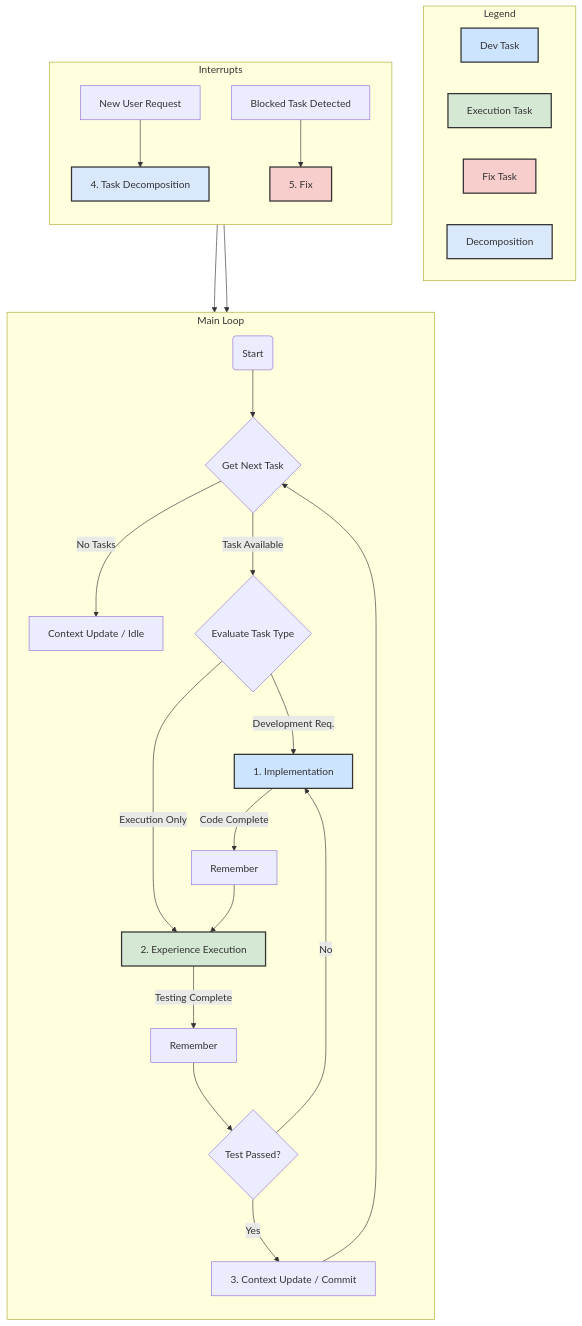
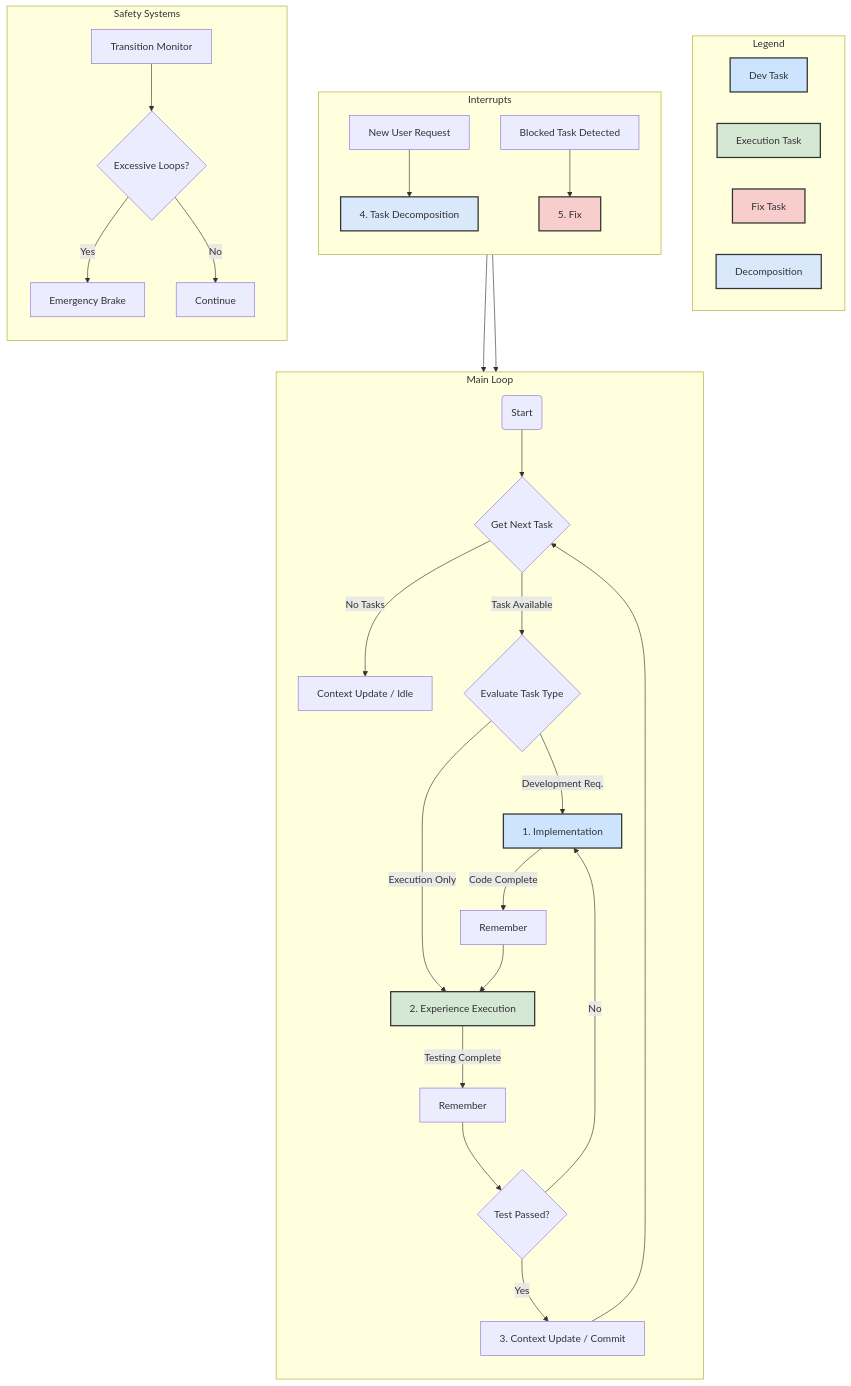
One commit to hjamet/cursor-memory-bank changed the diagram in README.md. Above: the diagram before and after it, drawn with Mermaid. The commit also changed other lines of this file and 6 other files, not shown here.

First line of the commit message:
📝 docs: Moderniser complètement le README avec architecture actuelle

````diff
--- a/README.md
+++ b/README.md
@@ -119,47 +165,54 @@
 ```mermaid
 graph TD
     subgraph Legend
         direction LR
         Dev[Dev Task]:::devStyle
         Exec[Execution Task]:::execStyle
         Fix[Fix Task]:::fixStyle
         Decomp[Decomposition]:::decompStyle
     end
 
     subgraph "Main Loop"
         direction TB
-        A(Start) --> B{Get Next Task};
-        B -- No Tasks --> Z[Context Update / Idle];
-        B -- Task Available --> C{Evaluate Task Type};
-        C -- Development Req. --> D[1. Implementation];
-        C -- Execution Only --> E[2. Experience Execution];
+        A(Start) --> B{Get Next Task}
+        B -- No Tasks --> Z[Context Update / Idle]
+        B -- Task Available --> C{Evaluate Task Type}
+        C -- Development Req. --> D[1. Implementation]
+        C -- Execution Only --> E[2. Experience Execution]
         
-        D -- Code Complete --> F[Remember];
-        F --> E;
-
-        E -- Testing Complete --> G[Remember];
-        G --> H{Test Passed?};
-        H -- Yes --> I[3. Context Update / Commit];
-        H -- No --> D;
+        D -- Code Complete --> F[Remember]
+        F --> E
         
-        I --> B;
+        E -- Testing Complete --> G[Remember]
+        G --> H{Test Passed?}
+        H -- Yes --> I[3. Context Update / Commit]
+        H -- No --> D
+        
+        I --> B
     end
 
     subgraph "Interrupts"
         direction TB
-        J[New User Request] --> K[4. Task Decomposition];
-        K --> D;
-        L[Blocked Task Detected] --> M[5. Fix];
-        M --> D;
+        J[New User Request] --> K[4. Task Decomposition]
+        K --> D
+        L[Blocked Task Detected] --> M[5. Fix]
+        M --> D
     end
 
-    classDef devStyle fill:#cde4ff,stroke:#333,stroke-width:2px;
-    classDef execStyle fill:#d5e8d4,stroke:#333,stroke-width:2px;
-    classDef fixStyle fill:#f8cecc,stroke:#333,stroke-width:2px;
-    classDef decompStyle fill:#dae8fc,stroke:#333,stroke-width:2px;
+    subgraph "Safety Systems"
+        direction TB
+        N[Transition Monitor] --> O{Excessive Loops?}
+        O -- Yes --> P[Emergency Brake]
+        O -- No --> Q[Continue]
+    end
 
-    class Dev,D devStyle;
-    class Exec,E execStyle;
-    class Fix,M fixStyle;
-    class Decomp,K decompStyle;
+    classDef devStyle fill:#cde4ff,stroke:#333,stroke-width:2px
+    classDef execStyle fill:#d5e8d4,stroke:#333,stroke-width:2px
+    classDef fixStyle fill:#f8cecc,stroke:#333,stroke-width:2px
+    classDef decompStyle fill:#dae8fc,stroke:#333,stroke-width:2px
+
+    class Dev,D devStyle
+    class Exec,E execStyle
+    class Fix,M fixStyle
+    class Decomp,K decompStyle
 ```
````
